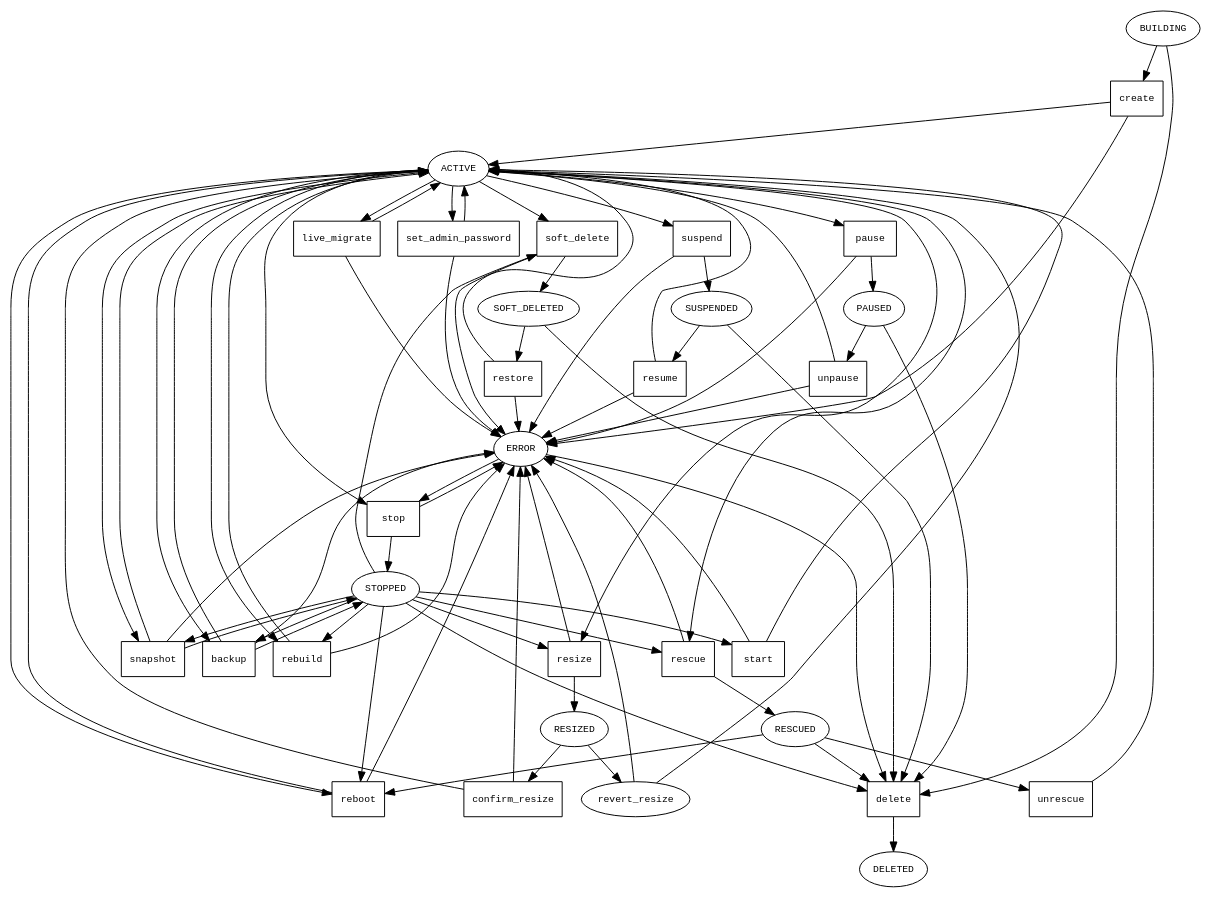
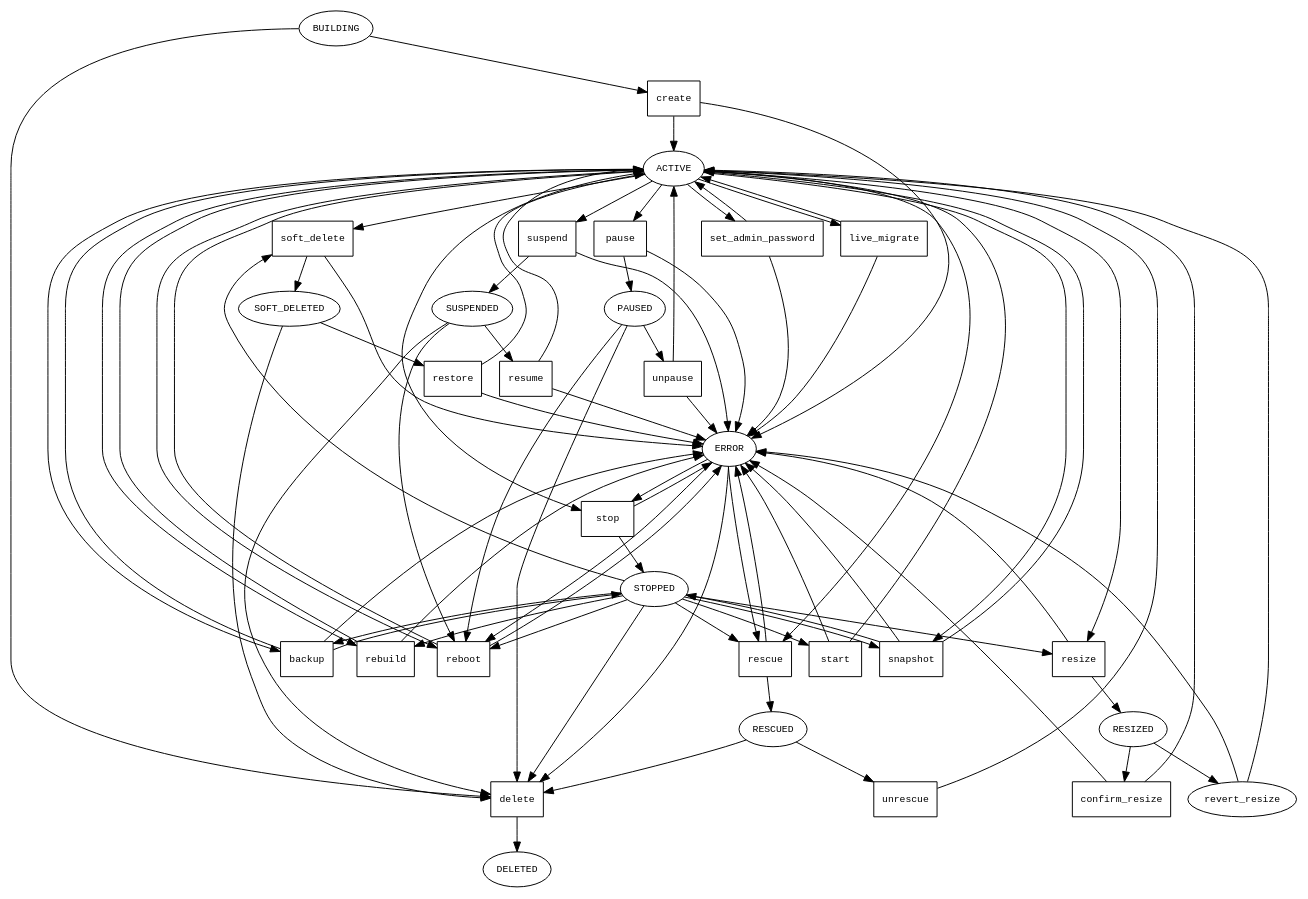
One commit to openstack/nova changed the diagram in doc/source/devref/vmstates.rst. Above: the diagram before and after it, drawn with Graphviz. The commit also changed 2 other files, not shown here.

Commit message:
VM in rescue state must have a restricted set of actions
Right now it is possible to pause, suspend and stop a VM in state RESCUED,
so after the state is changed, it's not possible to trigger unrescue anymore
since the original state is lost.

This patch remove vm_states.RESCUED as valid state from stop,
pause and suspend actions.

The vm_states devref is also updated to reflect this change including the
current reboot flow.( vm_states.RESCUED cannot be rebooted as per
today code)

DocImpact
Closes-Bug: #1319182

```diff
--- a/doc/source/devref/vmstates.rst
+++ b/doc/source/devref/vmstates.rst
@@ -88,6 +88,7 @@
     rescue -> error
     active -> rescue
     stopped -> rescue
+    error -> rescue
 
     unrescue [shape="rectangle"]
     unrescue -> active
@@ -139,7 +140,9 @@
     reboot -> error
     active -> reboot
     stopped -> reboot
-    rescued -> reboot
+    paused -> reboot
+    suspended -> reboot
+    error -> reboot
 
     live_migrate [shape="rectangle"]
     live_migrate -> active
```
